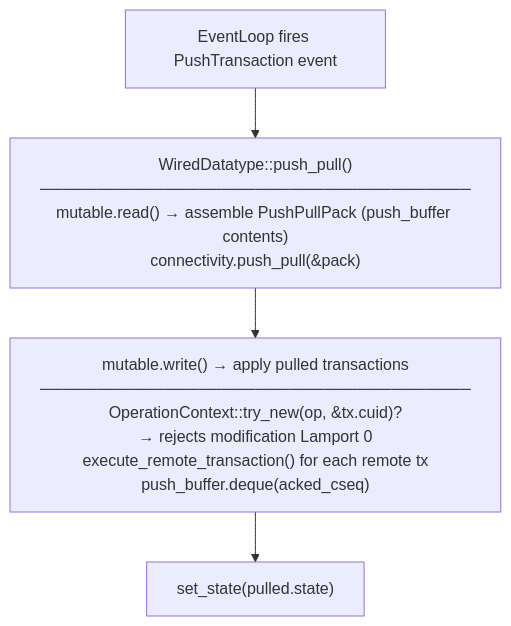
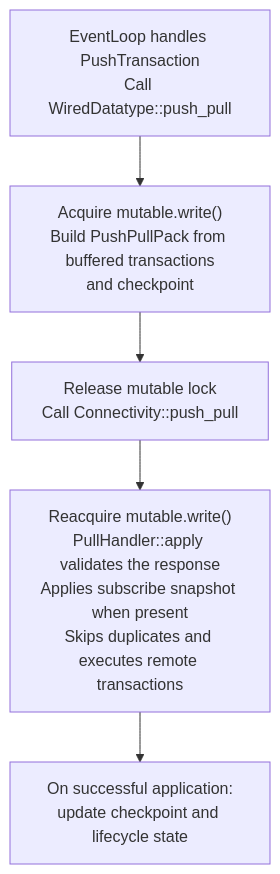
One commit to qortoo/qortoo-rs changed the fourth of 4 diagrams in docs/architecture.md. Above: the diagram before and after it, drawn with Mermaid. The commit also changed other lines of this file, not shown here.

First line of the commit message:
📜docs(architecture): separate the local write and sync execution paths

````diff
--- a/docs/architecture.md
+++ b/docs/architecture.md
@@ -83,9 +134,10 @@
 ```mermaid
 flowchart TD
-    EL["EventLoop fires PushTransaction event"]
-    PP["WiredDatatype::push_pull()\n──────────────────────────────────────\nmutable.read() → assemble PushPullPack (push_buffer contents)\nconnectivity.push_pull(&pack)"]
-    Apply["mutable.write() → apply pulled transactions\n──────────────────────────────────────\nOperationContext::try_new(op, &tx.cuid)?\n→ rejects modification Lamport 0\nexecute_remote_transaction() for each remote tx\npush_buffer.deque(acked_cseq)"]
-    State["set_state(pulled.state)"]
+    EL["EventLoop handles PushTransaction<br/>Call WiredDatatype::push_pull"]
+    Pack["Acquire mutable.write()<br/>Build PushPullPack from buffered transactions<br/>and checkpoint"]
+    Exchange["Release mutable lock<br/>Call Connectivity::push_pull"]
+    Apply["Reacquire mutable.write()<br/>PullHandler::apply validates the response<br/>Applies subscribe snapshot when present<br/>Skips duplicates and executes remote transactions"]
+    State["On successful application:<br/>update checkpoint and lifecycle state"]
 
-    EL --> PP --> Apply --> State
+    EL --> Pack --> Exchange --> Apply --> State
 ```
````
